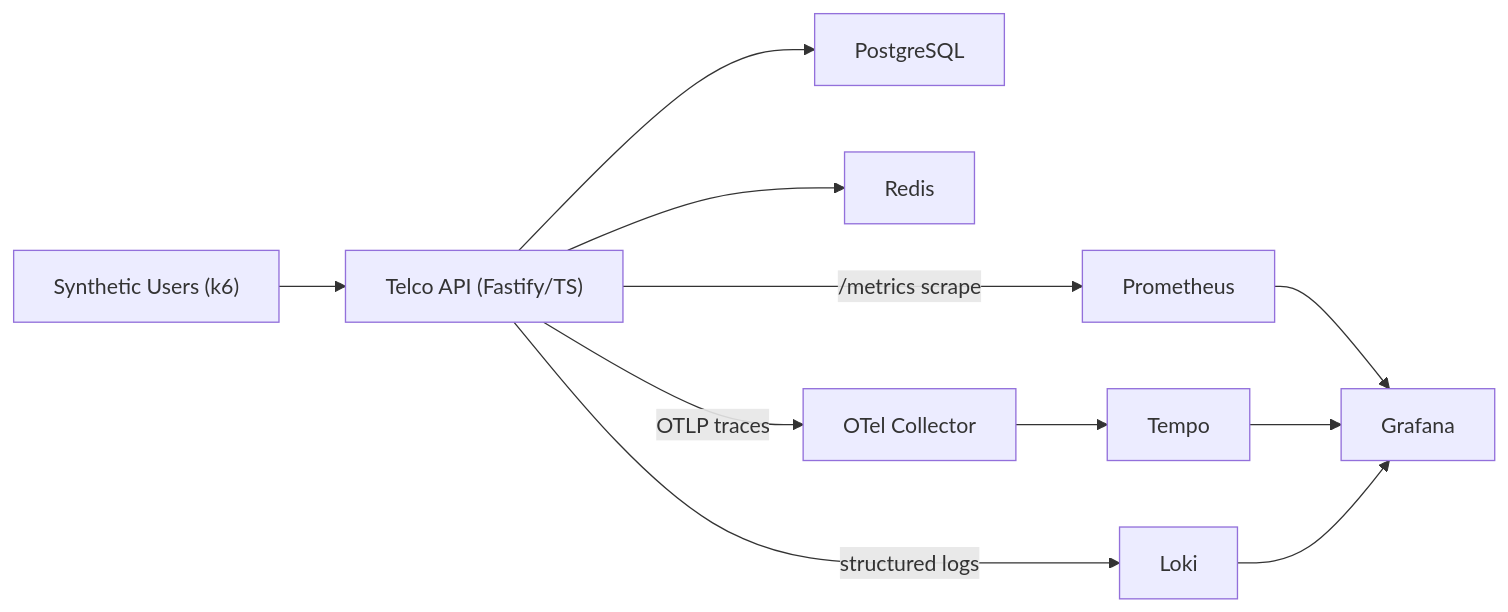
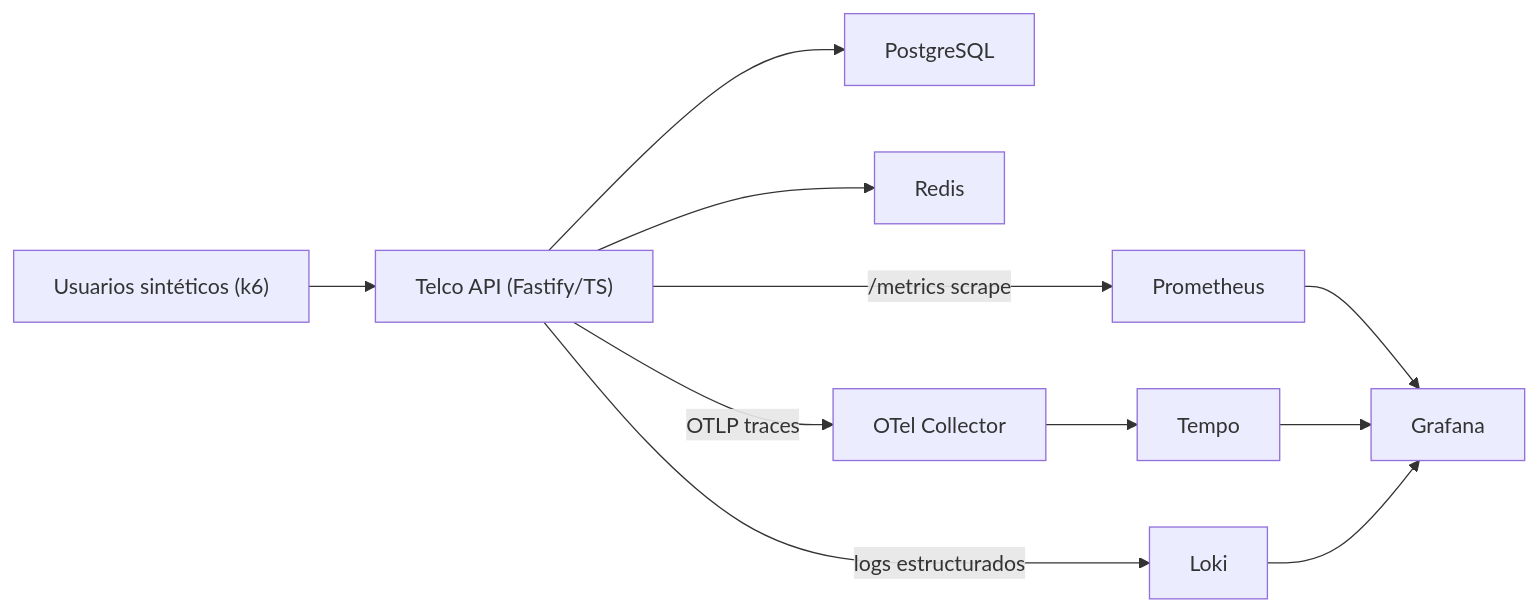
Before and after one commit to fercarballo/telco-reliability-lab: the diagram in README.md, drawn with Mermaid. The commit also changed other lines of this file, not shown here.

````diff
--- a/README.md
+++ b/README.md
@@ -32,12 +42,12 @@
 ```mermaid
 flowchart LR
-    User["Synthetic Users (k6)"] --> API["Telco API (Fastify/TS)"]
+    User["Usuarios sintéticos (k6)"] --> API["Telco API (Fastify/TS)"]
     API --> DB["PostgreSQL"]
     API --> Redis["Redis"]
     API -- OTLP traces --> OTel["OTel Collector"] --> Tempo["Tempo"]
     API -- /metrics scrape --> Prom["Prometheus"]
-    API -- structured logs --> Loki["Loki"]
+    API -- logs estructurados --> Loki["Loki"]
     Prom --> Grafana["Grafana"]
     Tempo --> Grafana
     Loki --> Grafana
 ```
````
